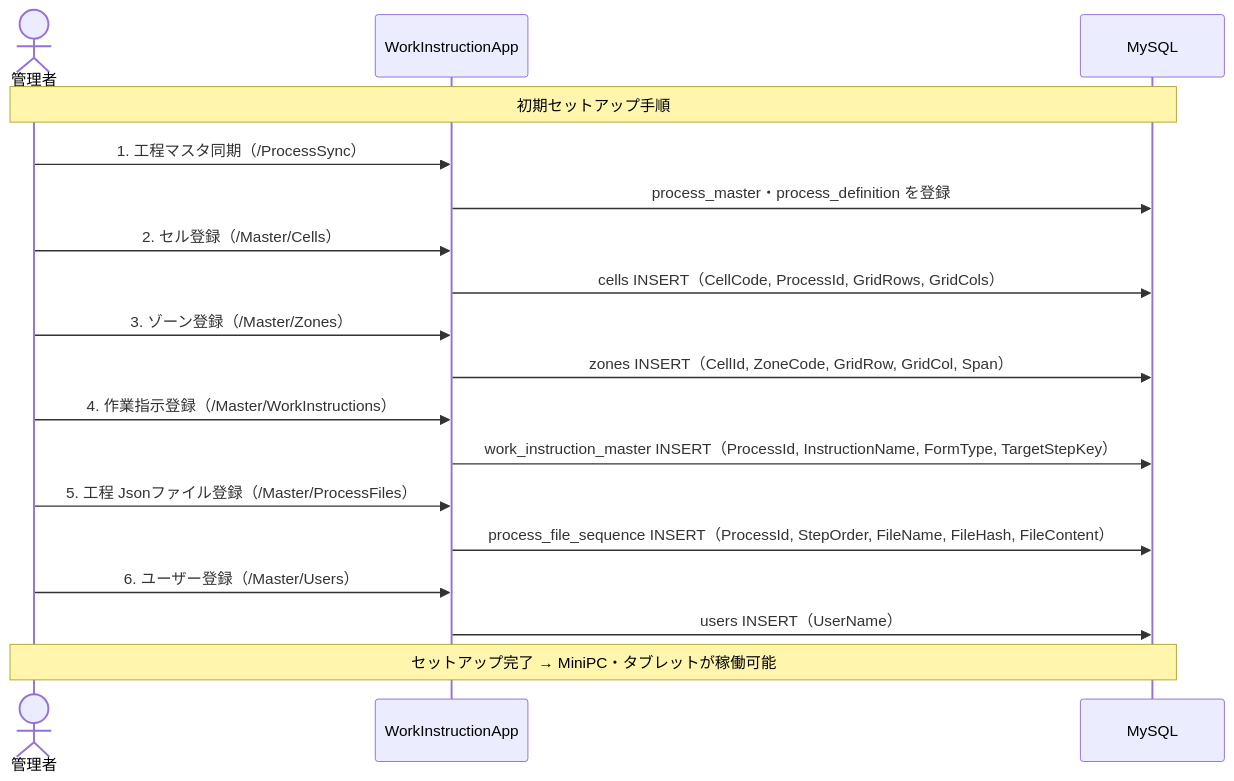
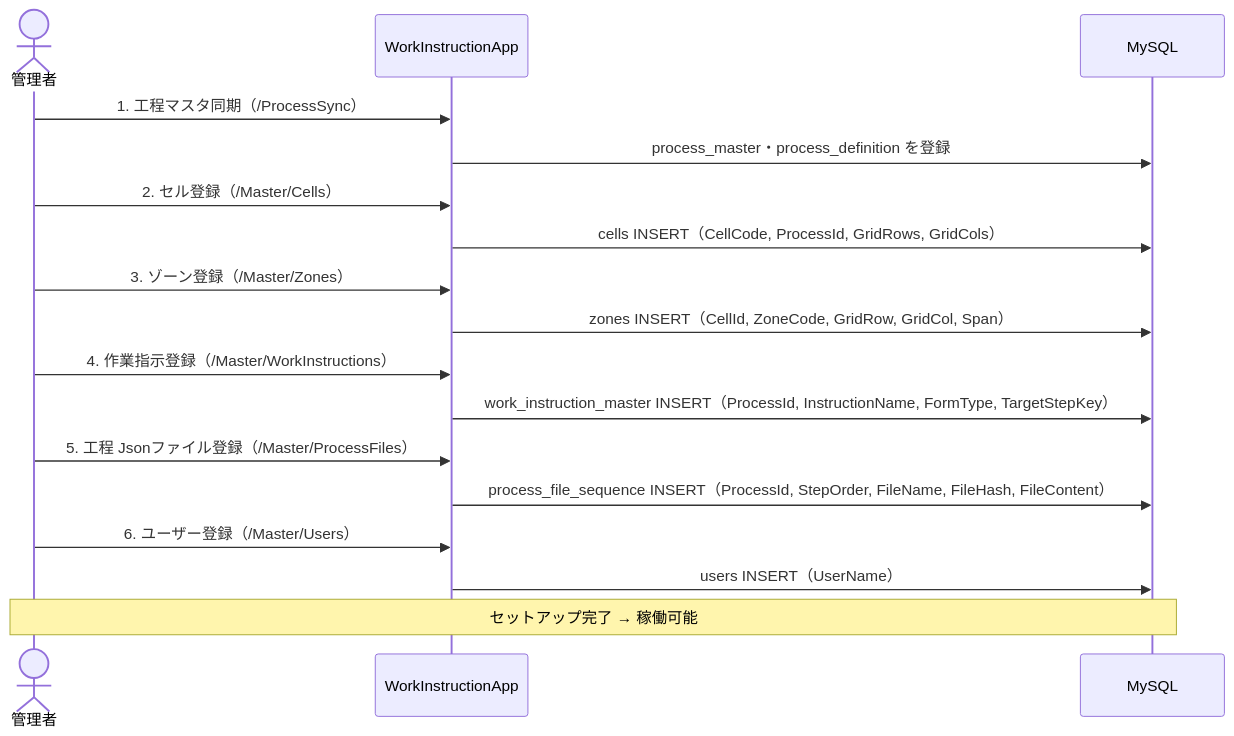
One commit to namagi14-lab/spica-warranty-design changed the eighth of 9 diagrams in docs/07_system_design.md. Above: the diagram before and after it, drawn with Mermaid. The commit also changed other lines of this file, not shown here.

````diff
--- a/docs/07_system_design.md
+++ b/docs/07_system_design.md
@@ -337,28 +325,26 @@
 ```mermaid
 sequenceDiagram
     actor Admin as 管理者
     participant App as WorkInstructionApp
     participant DB as MySQL
-
-    Note over Admin,DB: 初期セットアップ手順
 
     Admin->>App: 1. 工程マスタ同期（/ProcessSync）
     App->>DB: process_master・process_definition を登録
 
     Admin->>App: 2. セル登録（/Master/Cells）
     App->>DB: cells INSERT（CellCode, ProcessId, GridRows, GridCols）
 
     Admin->>App: 3. ゾーン登録（/Master/Zones）
     App->>DB: zones INSERT（CellId, ZoneCode, GridRow, GridCol, Span）
 
     Admin->>App: 4. 作業指示登録（/Master/WorkInstructions）
     App->>DB: work_instruction_master INSERT（ProcessId, InstructionName, FormType, TargetStepKey）
 
     Admin->>App: 5. 工程 Jsonファイル登録（/Master/ProcessFiles）
     App->>DB: process_file_sequence INSERT（ProcessId, StepOrder, FileName, FileHash, FileContent）
 
     Admin->>App: 6. ユーザー登録（/Master/Users）
     App->>DB: users INSERT（UserName）
 
-    Note over Admin,DB: セットアップ完了 → MiniPC・タブレットが稼働可能
+    Note over Admin,DB: セットアップ完了 → 稼働可能
 ```
````
